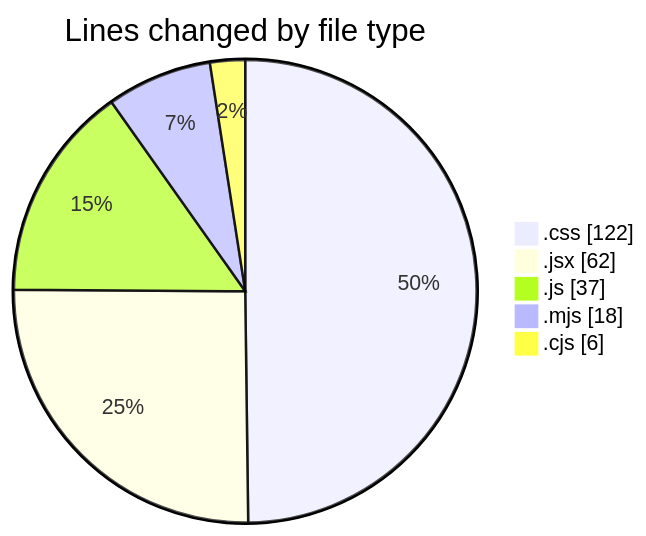
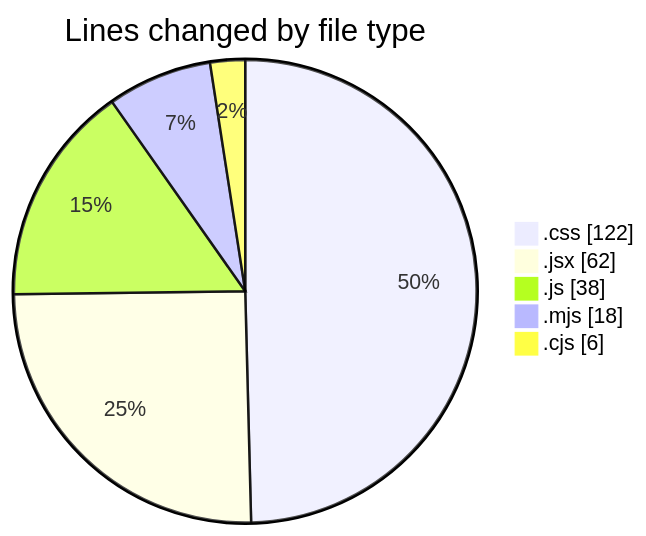
One commit to Elitesun/code-tracking changed the first of 2 diagrams in 2025-01-31/react/README.md. Above: the diagram before and after it, drawn with Mermaid. The commit also changed other lines of this file and 1 other file, not shown here.

````diff
--- a/2025-01-31/react/README.md
+++ b/2025-01-31/react/README.md
@@ -30,9 +31,9 @@
 ```mermaid
 pie showData
 title Lines changed by file type
 ".css" : 122
 ".jsx" : 62
-".js" : 37
+".js" : 38
 ".mjs" : 18
 ".cjs" : 6
 ```
````
